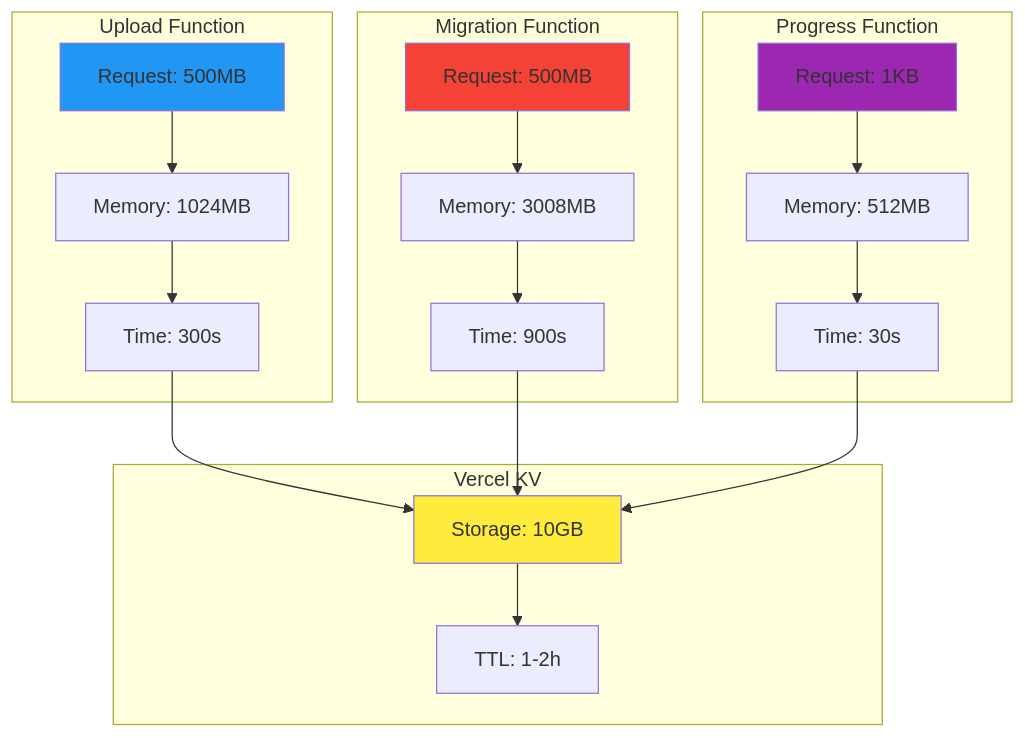
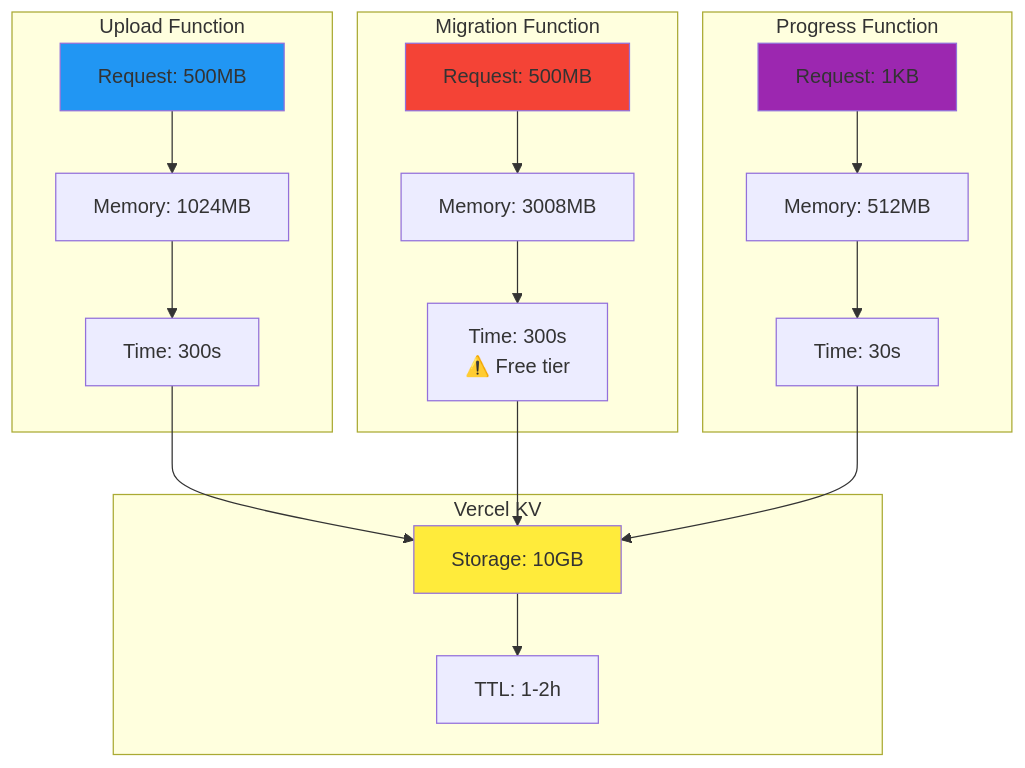
Before and after one commit to CommunityStream-io/flock: the eighth of 8 diagrams in docs/VERCEL_ARCHITECTURE.md, drawn with Mermaid. The commit also changed other lines of this file and 4 other files, not shown here.

Commit message:
Fix: Reduce migrate endpoint timeout to 300s for Vercel free tier

````diff
--- a/docs/VERCEL_ARCHITECTURE.md
+++ b/docs/VERCEL_ARCHITECTURE.md
@@ -308,41 +308,41 @@
 ```mermaid
 graph TB
     subgraph "Upload Function"
         A[Request: 500MB]
         B[Memory: 1024MB]
         C[Time: 300s]
         A --> B
         B --> C
     end
     
     subgraph "Migration Function"
         D[Request: 500MB]
         E[Memory: 3008MB]
-        F[Time: 900s]
+        F[Time: 300s<br/>⚠️ Free tier]
         D --> E
         E --> F
     end
     
     subgraph "Progress Function"
         G[Request: 1KB]
         H[Memory: 512MB]
         I[Time: 30s]
         G --> H
         H --> I
     end
     
     subgraph "Vercel KV"
         J[Storage: 10GB]
         K[TTL: 1-2h]
         J --> K
     end
     
     C --> J
     F --> J
     I --> J
     
     style A fill:#2196f3
     style D fill:#f44336
     style G fill:#9c27b0
     style J fill:#ffeb3b
 ```
````
